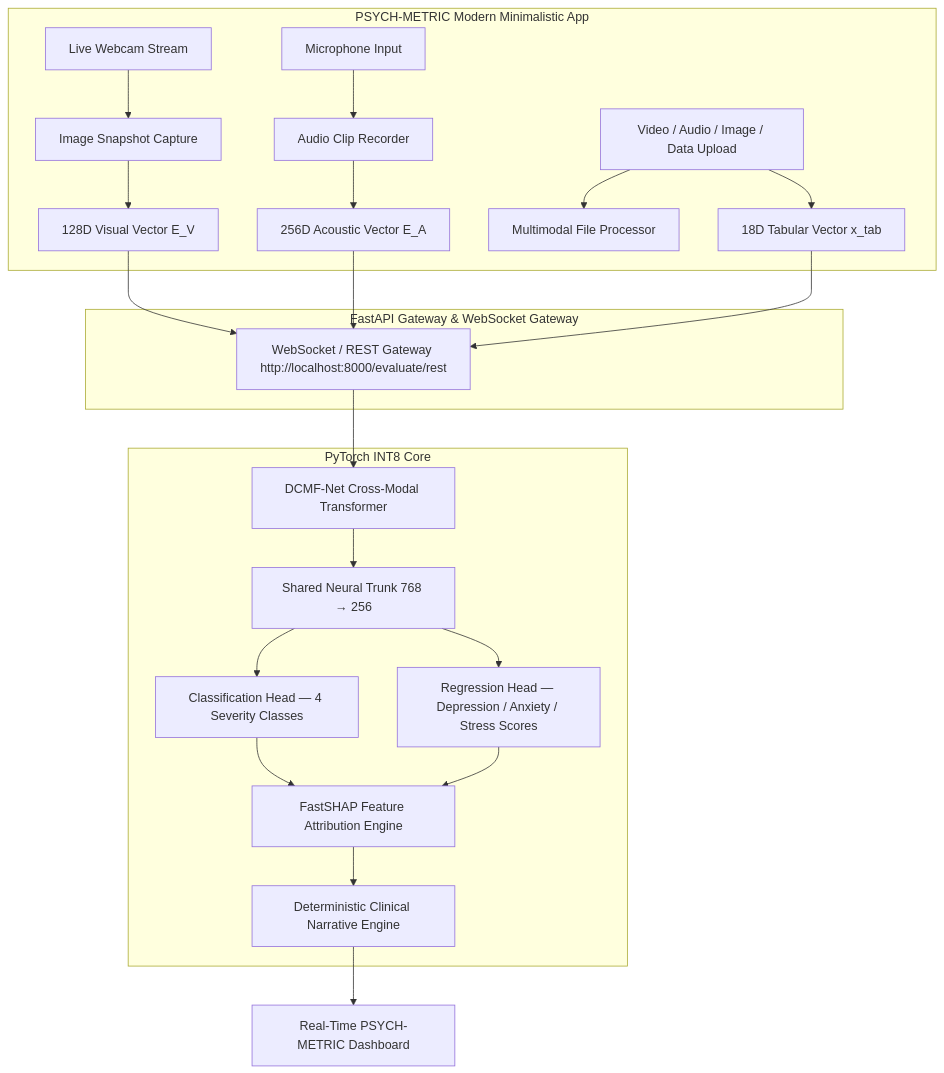
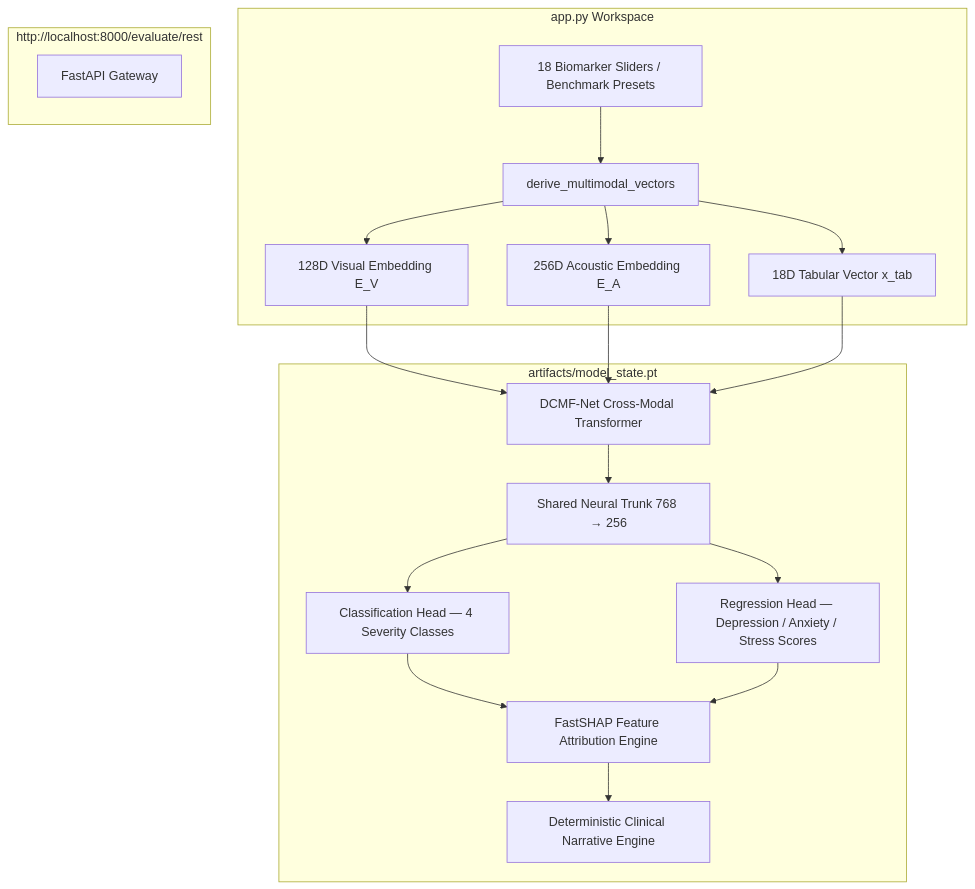
One commit to M-Sanjay-IND/multimodal-mental-health changed the diagram in README.md. Above: the diagram before and after it, drawn with Mermaid. The commit also changed other lines of this file and 35 other files, not shown here.

Commit message:
chore(clean): remove all frontend node/next directories and update README for Python Streamlit architecture

````diff
--- a/README.md
+++ b/README.md
@@ -34,31 +33,27 @@
 ```mermaid
 graph TD
-    subgraph Client Layer [PSYCH-METRIC Modern Minimalistic App]
-        Cam[Live Webcam Stream] --> Snapshot[Image Snapshot Capture]
-        Mic[Microphone Input] --> AudioRec[Audio Clip Recorder]
-        Upload[Video / Audio / Image / Data Upload] --> Uploader[Multimodal File Processor]
-
-        Snapshot --> VisVec[128D Visual Vector E_V]
-        AudioRec --> AcVec[256D Acoustic Vector E_A]
-        Upload --> TabVec[18D Tabular Vector x_tab]
+    subgraph Streamlit Research Interface [app.py Workspace]
+        Sliders[18 Biomarker Sliders / Benchmark Presets] --> Deriver[derive_multimodal_vectors]
+        Deriver --> VisVec[128D Visual Embedding E_V]
+        Deriver --> AcVec[256D Acoustic Embedding E_A]
+        Deriver --> TabVec[18D Tabular Vector x_tab]
     end
 
-    subgraph Gateway Layer [FastAPI Gateway & WebSocket Gateway]
-        VisVec --> WS[WebSocket / REST Gateway http://localhost:8000/evaluate/rest]
-        AcVec --> WS
-        TabVec --> WS
+    subgraph FastAPI REST Endpoint [http://localhost:8000/evaluate/rest]
+        REST[FastAPI Gateway]
     end
 
-    subgraph AI Inference Layer [PyTorch INT8 Core]
-        WS --> DCMF[DCMF-Net Cross-Modal Transformer]
+    subgraph PyTorch Inference Engine [artifacts/model_state.pt]
+        VisVec --> DCMF[DCMF-Net Cross-Modal Transformer]
+        AcVec --> DCMF
+        TabVec --> DCMF
+
         DCMF --> Trunk[Shared Neural Trunk 768 → 256]
         Trunk --> ClsHead[Classification Head — 4 Severity Classes]
         Trunk --> RegHead[Regression Head — Depression / Anxiety / Stress Scores]
 
         ClsHead --> FastSHAP[FastSHAP Feature Attribution Engine]
         RegHead --> FastSHAP
         FastSHAP --> Narrative[Deterministic Clinical Narrative Engine]
     end
-
-    Narrative --> UI[Real-Time PSYCH-METRIC Dashboard]
 ```
````
